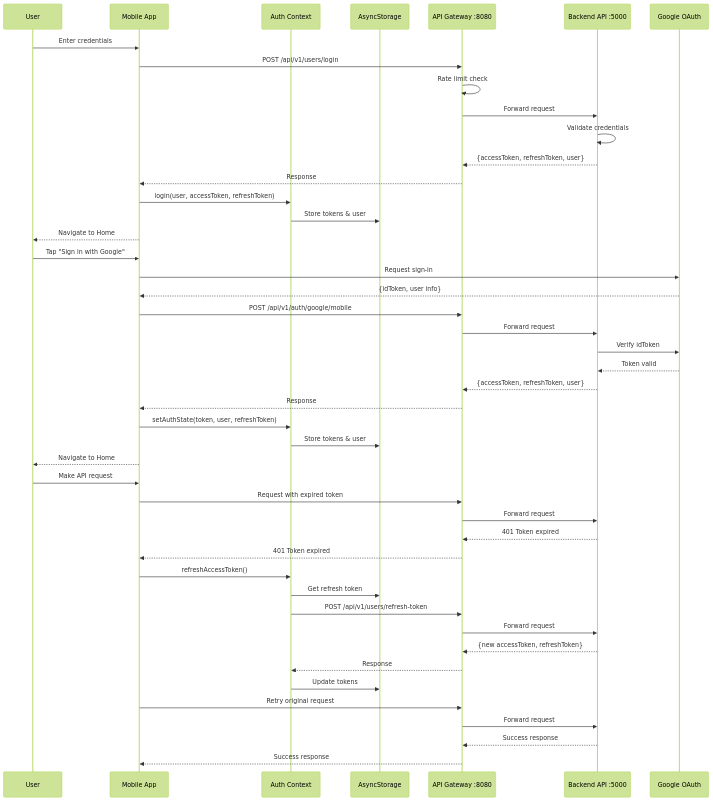
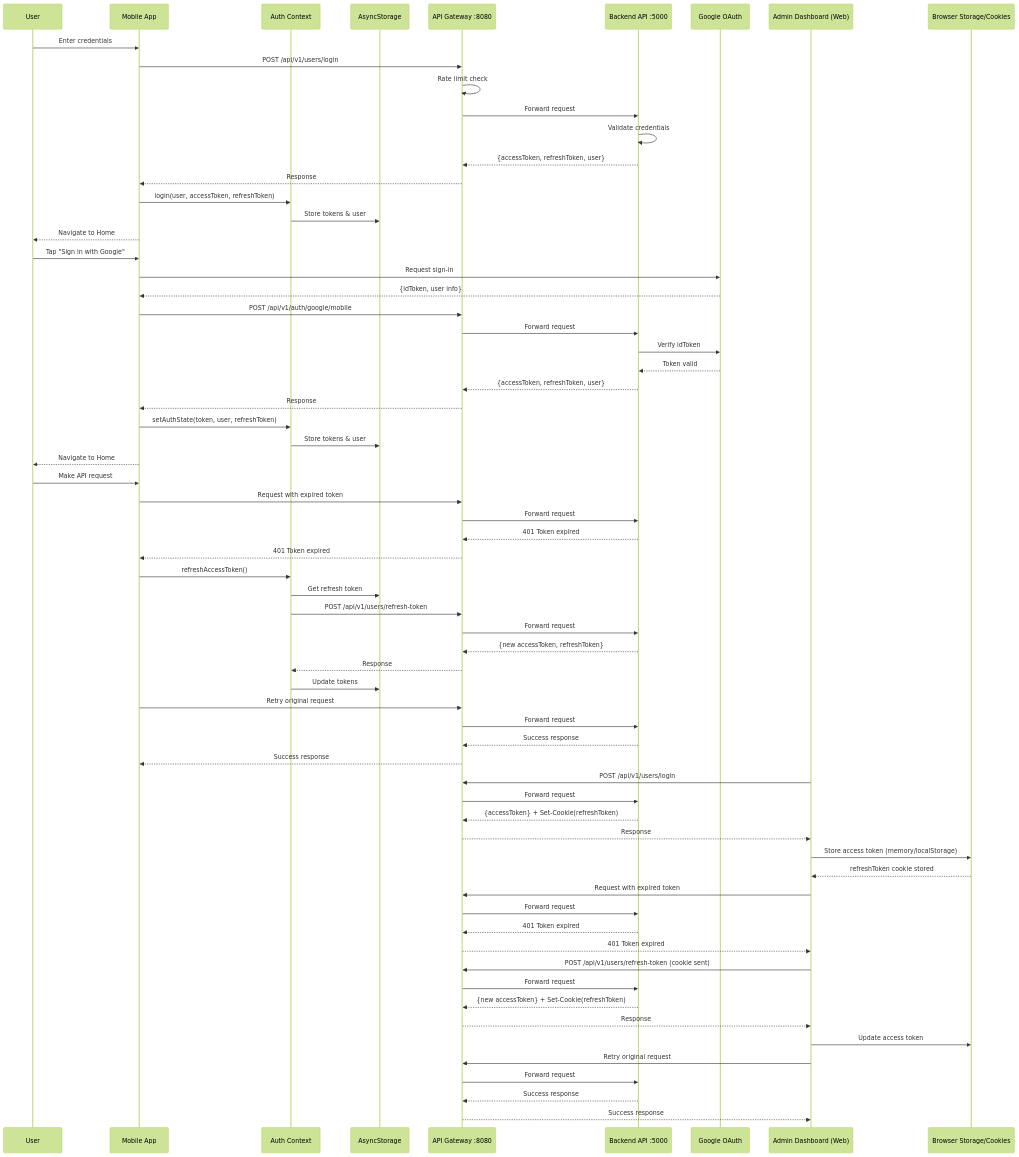
Before and after one commit to youssef-m-roushdy/Icoach-app: the second of 2 diagrams in README.md, drawn with Mermaid (forest theme). The commit also changed other lines of this file and 1 other file, not shown here.

Commit message:
feat: create admin dashboard README and update main README

````diff
--- a/README.md
+++ b/README.md
@@ -516,54 +687,78 @@
 ```mermaid
 sequenceDiagram
     participant User
     participant App as Mobile App
     participant Auth as Auth Context
     participant Storage as AsyncStorage
     participant GW as API Gateway :8080
     participant API as Backend API :5000
     participant Google as Google OAuth
+    participant AdminApp as Admin Dashboard (Web)
+    participant Browser as Browser Storage/Cookies
     
     %% Normal Login Flow
     User->>App: Enter credentials
     App->>GW: POST /api/v1/users/login
     GW->>GW: Rate limit check
     GW->>API: Forward request
     API->>API: Validate credentials
     API-->>GW: {accessToken, refreshToken, user}
     GW-->>App: Response
     App->>Auth: login(user, accessToken, refreshToken)
     Auth->>Storage: Store tokens & user
     App-->>User: Navigate to Home
     
     %% Google OAuth Flow
     User->>App: Tap "Sign in with Google"
     App->>Google: Request sign-in
     Google-->>App: {idToken, user info}
     App->>GW: POST /api/v1/auth/google/mobile
     GW->>API: Forward request
     API->>Google: Verify idToken
     Google-->>API: Token valid
     API-->>GW: {accessToken, refreshToken, user}
     GW-->>App: Response
     App->>Auth: setAuthState(token, user, refreshToken)
     Auth->>Storage: Store tokens & user
     App-->>User: Navigate to Home
     
     %% Token Refresh Flow
     User->>App: Make API request
     App->>GW: Request with expired token
     GW->>API: Forward request
     API-->>GW: 401 Token expired
     GW-->>App: 401 Token expired
     App->>Auth: refreshAccessToken()
     Auth->>Storage: Get refresh token
     Auth->>GW: POST /api/v1/users/refresh-token
     GW->>API: Forward request
     API-->>GW: {new accessToken, refreshToken}
     GW-->>Auth: Response
     Auth->>Storage: Update tokens
     App->>GW: Retry original request
     GW->>API: Forward request
     API-->>GW: Success response
     GW-->>App: Success response
+
+    %% Admin Web Flow (HttpOnly Refresh Cookie)
+    AdminApp->>GW: POST /api/v1/users/login
+    GW->>API: Forward request
+    API-->>GW: {accessToken} + Set-Cookie(refreshToken)
+    GW-->>AdminApp: Response
+    AdminApp->>Browser: Store access token (memory/localStorage)
+    Browser-->>AdminApp: refreshToken cookie stored
+
+    AdminApp->>GW: Request with expired token
+    GW->>API: Forward request
+    API-->>GW: 401 Token expired
+    GW-->>AdminApp: 401 Token expired
+    AdminApp->>GW: POST /api/v1/users/refresh-token (cookie sent)
+    GW->>API: Forward request
+    API-->>GW: {new accessToken} + Set-Cookie(refreshToken)
+    GW-->>AdminApp: Response
+    AdminApp->>Browser: Update access token
+    AdminApp->>GW: Retry original request
+    GW->>API: Forward request
+    API-->>GW: Success response
+    GW-->>AdminApp: Success response
 ```
````
